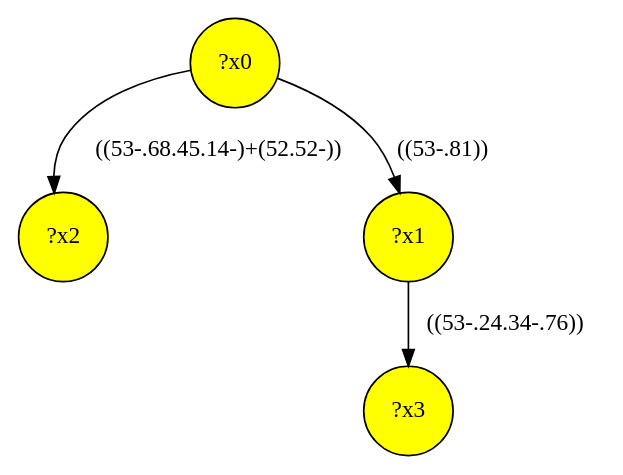
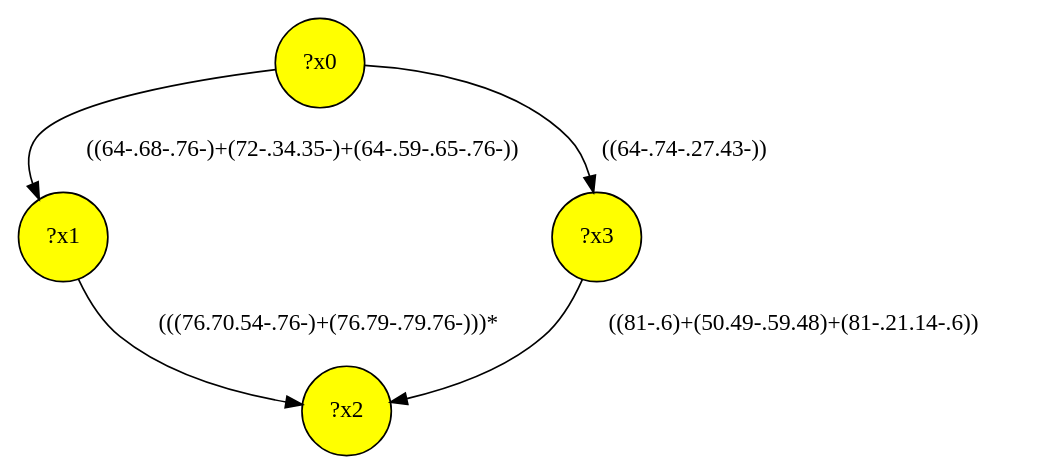
The diagram in lib/gmark/demo/shop/shop-interface/query-12.dot (MathieuGicquel/federated-benchmark), drawn with Graphviz before and after one commit. The commit also changed 354 other files, not shown here.

```diff
--- a/lib/gmark/demo/shop/shop-interface/query-12.dot
+++ b/lib/gmark/demo/shop/shop-interface/query-12.dot
@@ -1,9 +1,10 @@
 digraph g {
 	x2 [fillcolor="yellow", style="filled," shape=circle, label="?x2"];
-	x3 [fillcolor="yellow", style="filled," shape=circle, label="?x3"];
 	x0 [fillcolor="yellow", style="filled," shape=circle, label="?x0"];
 	x1 [fillcolor="yellow", style="filled," shape=circle, label="?x1"];
-	x0 -> x1 [label="((53-.81))"];
-	x0 -> x2 [label="((53-.68.45.14-)+(52.52-))"];
-	x1 -> x3 [label="((53-.24.34-.76))"];
+	x3 [fillcolor="yellow", style="filled," shape=circle, label="?x3"];
+	x0 -> x1 [label="((64-.68-.76-)+(72-.34.35-)+(64-.59-.65-.76-))"];
+	x1 -> x2 [label="(((76.70.54-.76-)+(76.79-.79.76-)))*"];
+	x0 -> x3 [label="((64-.74-.27.43-))"];
+	x3 -> x2 [label="((81-.6)+(50.49-.59.48)+(81-.21.14-.6))"];
 }
```
